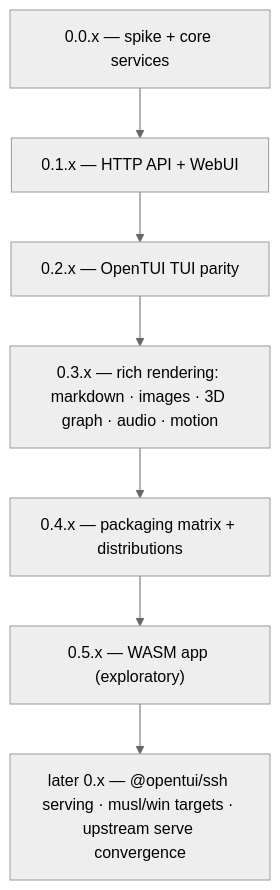
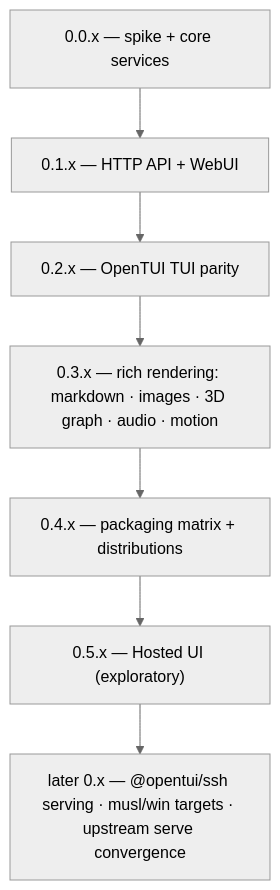
The diagram in ROADMAP.md (s-a-c/skills-ui), drawn with Mermaid (neutral theme) before and after one commit. The commit also changed other lines of this file, not shown here.

First line of the commit message:
roadmap: 0.5.x verdict — hosted UI go, no wasm, TUI-in-browser no-go; 0.3.x/0.4.x marked done (S-129)

````diff
--- a/ROADMAP.md
+++ b/ROADMAP.md
@@ -5,9 +5,9 @@
 ```mermaid
 flowchart TB
   M0["0.0.x — spike + core services"] --> M1["0.1.x — HTTP API + WebUI"]
   M1 --> M2["0.2.x — OpenTUI TUI parity"]
   M2 --> M3["0.3.x — rich rendering: markdown · images · 3D graph · audio · motion"]
   M3 --> M4["0.4.x — packaging matrix + distributions"]
-  M4 --> M5["0.5.x — WASM app (exploratory)"]
+  M4 --> M5["0.5.x — Hosted UI (exploratory)"]
   M5 --> MX["later 0.x — @opentui/ssh serving · musl/win targets · upstream serve convergence"]
 ```
````
